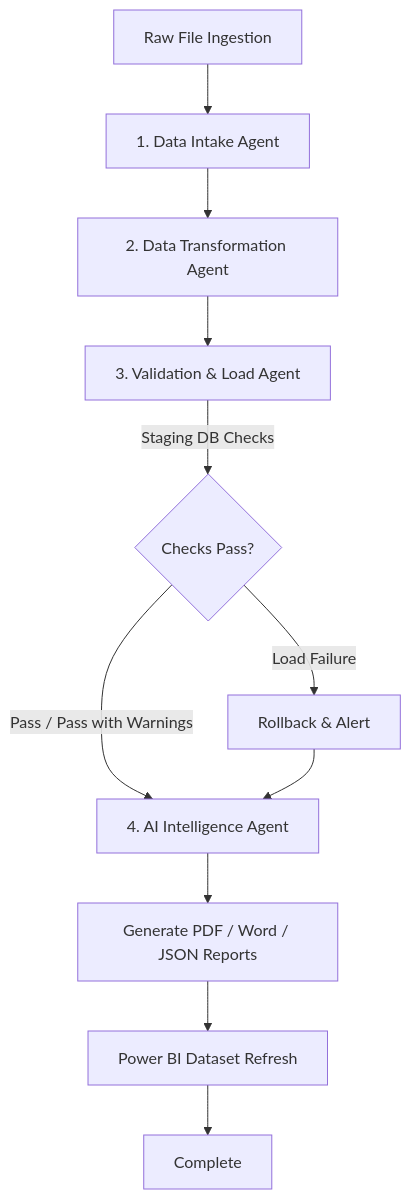
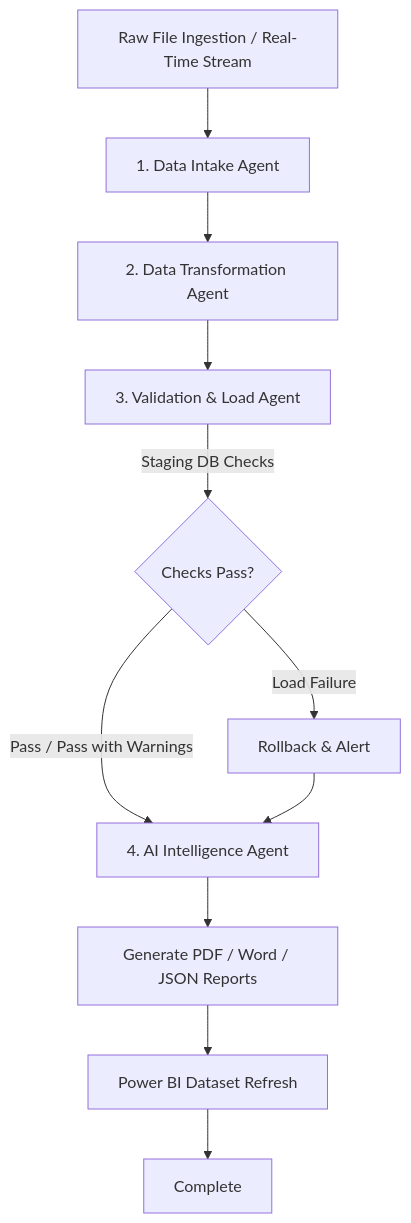
The diagram in README.md (Vikaskaushal-01/ETL), drawn with Mermaid before and after one commit. The commit also changed other lines of this file, not shown here.

Commit message:
docs(api): document real-time streaming ingestion endpoints and stream runner

````diff
--- a/README.md
+++ b/README.md
@@ -139,13 +139,13 @@
 ```mermaid
 graph TD
-    START[Raw File Ingestion] --> IntakeAgent[1. Data Intake Agent]
+    START[Raw File Ingestion / Real-Time Stream] --> IntakeAgent[1. Data Intake Agent]
     IntakeAgent --> TransformationAgent[2. Data Transformation Agent]
     TransformationAgent --> ValidationAgent[3. Validation & Load Agent]
     ValidationAgent -->|Staging DB Checks| ValidationRoute{Checks Pass?}
     ValidationRoute -->|Pass / Pass with Warnings| IntelligenceAgent[4. AI Intelligence Agent]
     ValidationRoute -->|Load Failure| RollbackNode[Rollback & Alert]
     RollbackNode --> IntelligenceAgent
     IntelligenceAgent --> ReportExport[Generate PDF / Word / JSON Reports]
     ReportExport --> PBI_Refresh[Power BI Dataset Refresh]
     PBI_Refresh --> END[Complete]
 ```
````
